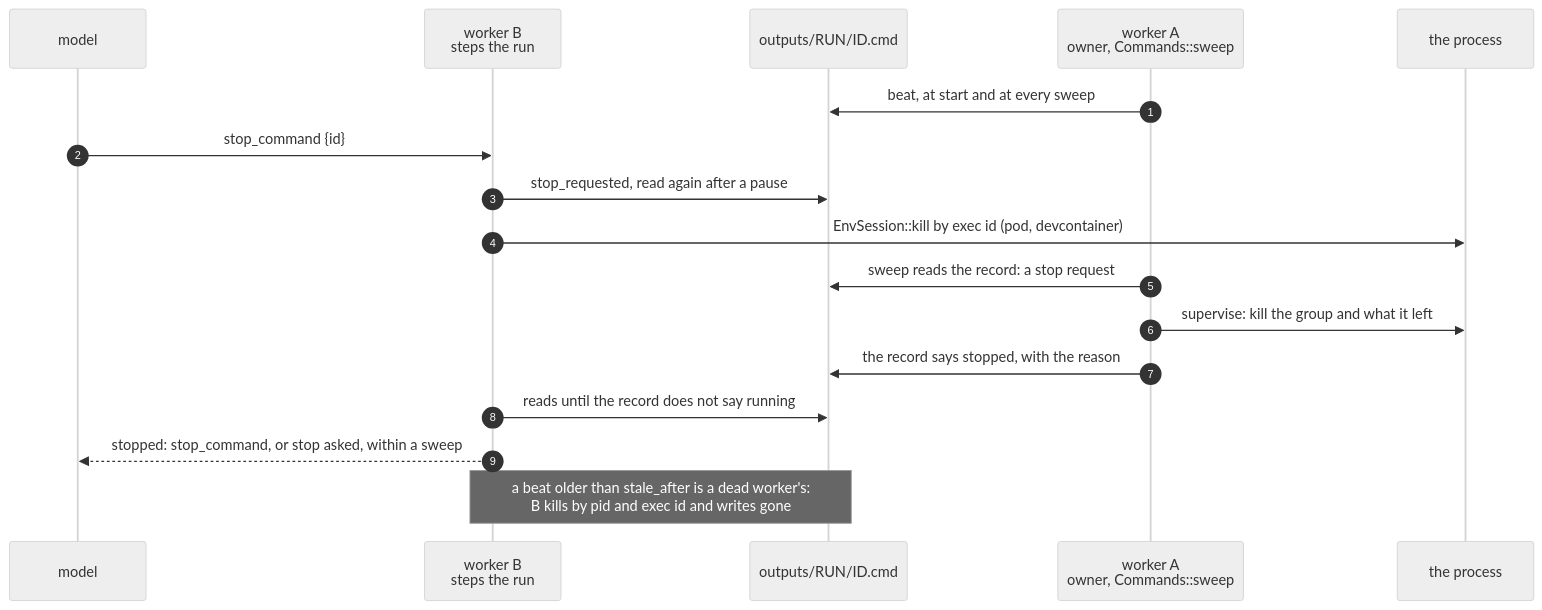
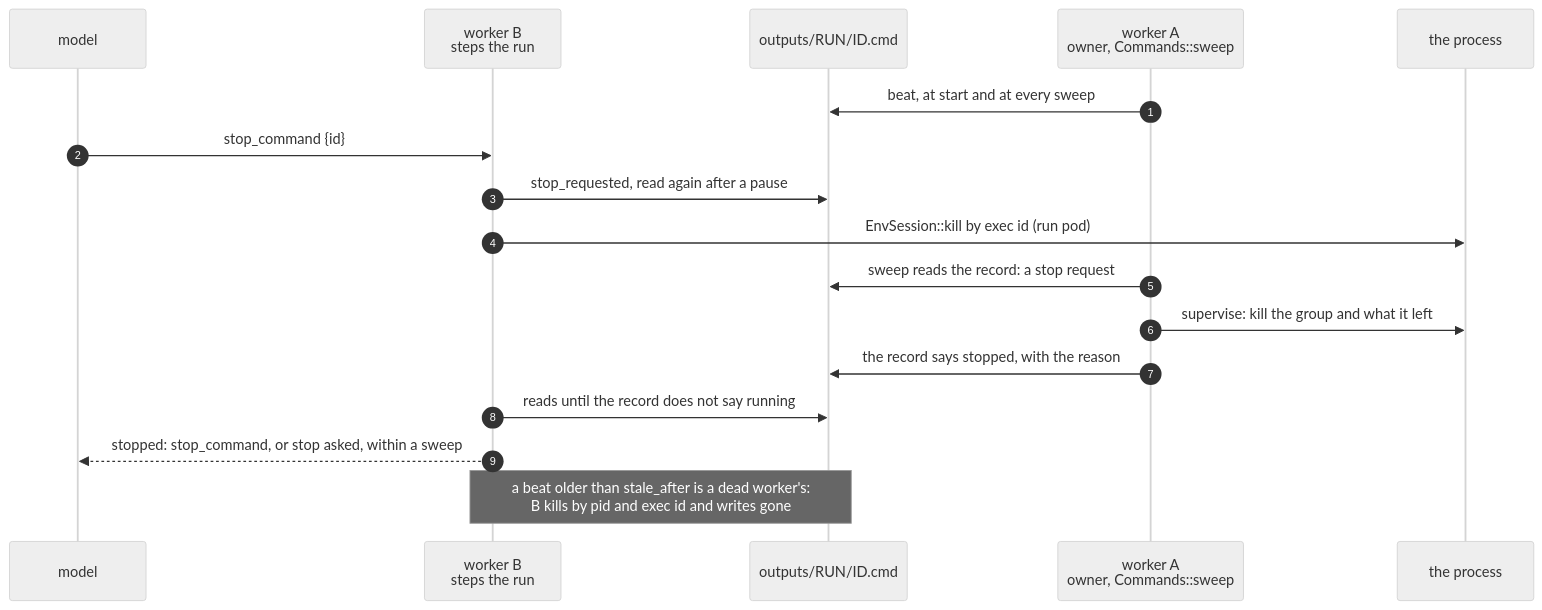
One commit to vymalo/another-adam-rs changed the fifth of 7 diagrams in docs/reference/coder-agent.md. Above: the diagram before and after it, drawn with Mermaid (neutral theme). The commit also changed other lines of this file and 91 other files, not shown here.

````diff
--- a/docs/reference/coder-agent.md
+++ b/docs/reference/coder-agent.md
@@ -353,20 +353,20 @@
 ```mermaid
 sequenceDiagram
     autonumber
     participant M as model
     participant B as worker B<br/>steps the run
     participant R as outputs/RUN/ID.cmd
     participant A as worker A<br/>owner, Commands::sweep
     participant P as the process
 
     A->>R: beat, at start and at every sweep
     M->>B: stop_command {id}
     B->>R: stop_requested, read again after a pause
-    B->>P: EnvSession::kill by exec id (pod, devcontainer)
+    B->>P: EnvSession::kill by exec id (run pod)
     A->>R: sweep reads the record: a stop request
     A->>P: supervise: kill the group and what it left
     A->>R: the record says stopped, with the reason
     B->>R: reads until the record does not say running
     B-->>M: stopped: stop_command, or stop asked, within a sweep
     Note over B,R: a beat older than stale_after is a dead worker's:<br/>B kills by pid and exec id and writes gone
 ```
````
